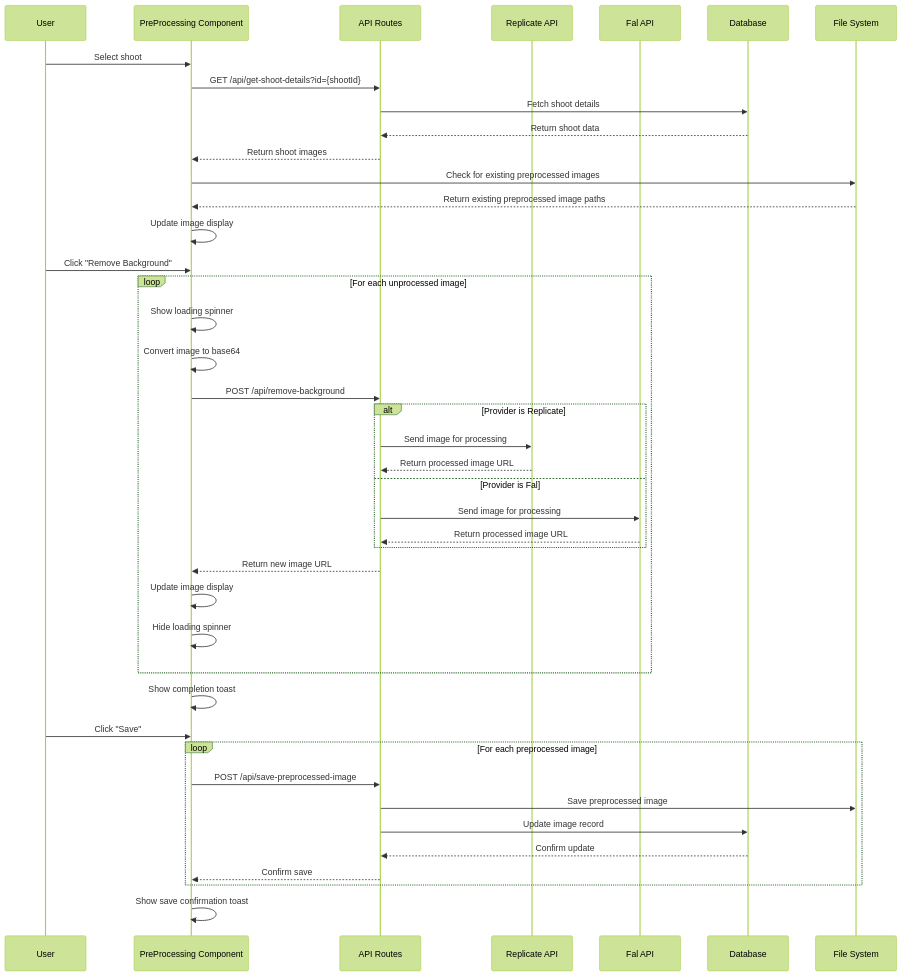
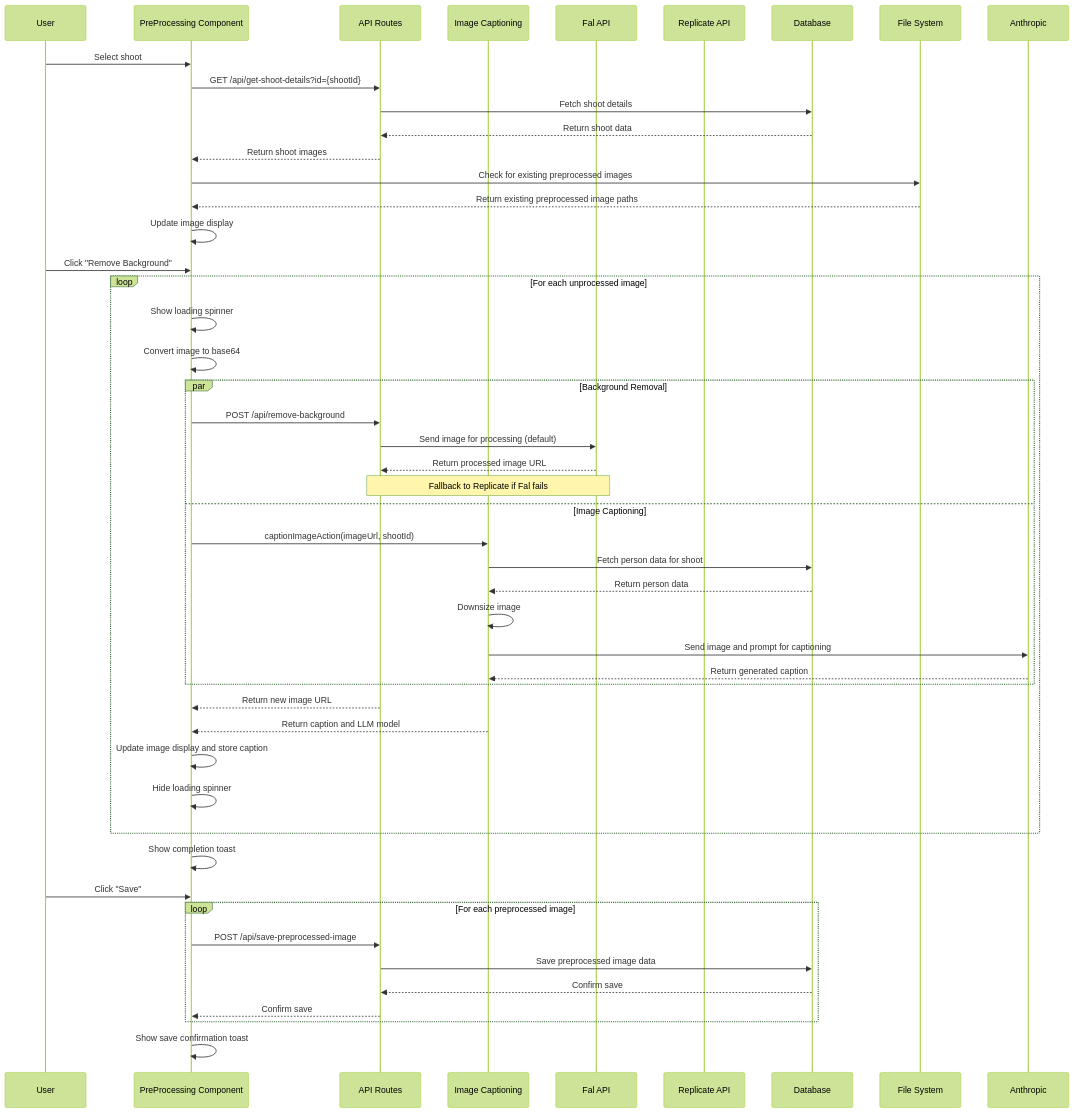
The diagram in _specs/pre-processing/remove-background-flow-diagram.md (misterfancysocks/img-model-training-experiment), drawn with Mermaid (forest theme) before and after one commit. The commit also changed 7 other files, not shown here.

````diff
--- a/_specs/pre-processing/remove-background-flow-diagram.md
+++ b/_specs/pre-processing/remove-background-flow-diagram.md
@@ -1,48 +1,54 @@
 ```mermaid
 sequenceDiagram
     participant User
     participant UI as PreProcessing Component
     participant API as API Routes
+    participant ImgCaption as Image Captioning
+    participant Fal as Fal API
     participant Replicate as Replicate API
-    participant Fal as Fal API
     participant DB as Database
     participant FileSystem as File System
 
     User->>UI: Select shoot
     UI->>API: GET /api/get-shoot-details?id={shootId}
     API->>DB: Fetch shoot details
     DB-->>API: Return shoot data
     API-->>UI: Return shoot images
     UI->>FileSystem: Check for existing preprocessed images
     FileSystem-->>UI: Return existing preprocessed image paths
     UI->>UI: Update image display
 
     User->>UI: Click "Remove Background"
     loop For each unprocessed image
         UI->>UI: Show loading spinner
         UI->>UI: Convert image to base64
-        UI->>API: POST /api/remove-background
-        alt Provider is Replicate
-            API->>Replicate: Send image for processing
-            Replicate-->>API: Return processed image URL
-        else Provider is Fal
-            API->>Fal: Send image for processing
+        par Background Removal
+            UI->>API: POST /api/remove-background
+            API->>Fal: Send image for processing (default)
             Fal-->>API: Return processed image URL
+            Note over API,Fal: Fallback to Replicate if Fal fails
+        and Image Captioning
+            UI->>ImgCaption: captionImageAction(imageUrl, shootId)
+            ImgCaption->>DB: Fetch person data for shoot
+            DB-->>ImgCaption: Return person data
+            ImgCaption->>ImgCaption: Downsize image
+            ImgCaption->>Anthropic: Send image and prompt for captioning
+            Anthropic-->>ImgCaption: Return generated caption
         end
         API-->>UI: Return new image URL
-        UI->>UI: Update image display
+        ImgCaption-->>UI: Return caption and LLM model
+        UI->>UI: Update image display and store caption
         UI->>UI: Hide loading spinner
     end
 
     UI->>UI: Show completion toast
 
     User->>UI: Click "Save"
     loop For each preprocessed image
         UI->>API: POST /api/save-preprocessed-image
-        API->>FileSystem: Save preprocessed image
-        API->>DB: Update image record
-        DB-->>API: Confirm update
+        API->>DB: Save preprocessed image data
+        DB-->>API: Confirm save
         API-->>UI: Confirm save
     end
     UI->>UI: Show save confirmation toast
 ```
````
